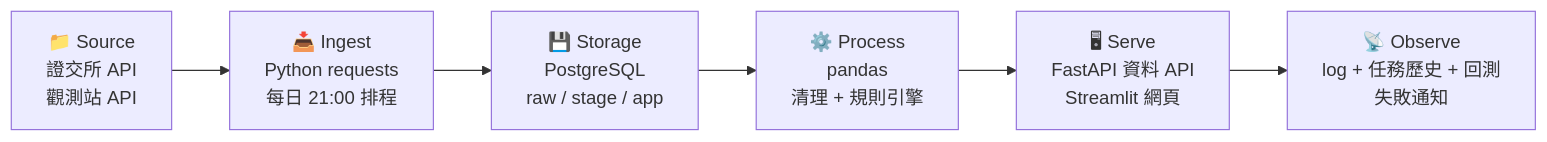
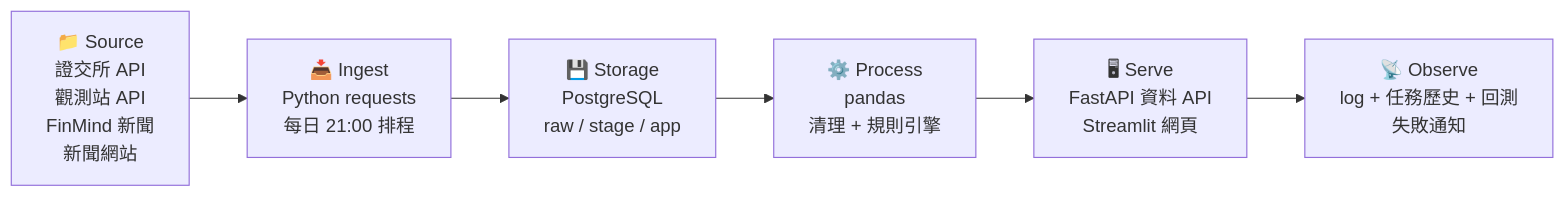
Before and after one commit to hannahTai/G2-attention_stock_tracker-tw_stock: the diagram in README.md, drawn with Mermaid. The commit also changed other lines of this file and 43 other files, not shown here.

First line of the commit message:
feat: 新聞資料線（FinMind＋新聞網頁）、AI 公告分類與新聞摘要、worker 拆成 transform／analyze

````diff
--- a/README.md
+++ b/README.md
@@ -27,8 +27,8 @@
 ```mermaid
 flowchart LR
-    S["📁 Source<br/>證交所 API<br/>觀測站 API"] --> I["📥 Ingest<br/>Python requests<br/>每日 21:00 排程"]
+    S["📁 Source<br/>證交所 API<br/>觀測站 API<br/>FinMind 新聞<br/>新聞網站"] --> I["📥 Ingest<br/>Python requests<br/>每日 21:00 排程"]
     I --> ST["💾 Storage<br/>PostgreSQL<br/>raw / stage / app"]
     ST --> P["⚙️ Process<br/>pandas<br/>清理 + 規則引擎"]
     P --> SE["🖥 Serve<br/>FastAPI 資料 API<br/>Streamlit 網頁"]
     SE --> O["📡 Observe<br/>log + 任務歷史 + 回測<br/>失敗通知"]
 ```
````
